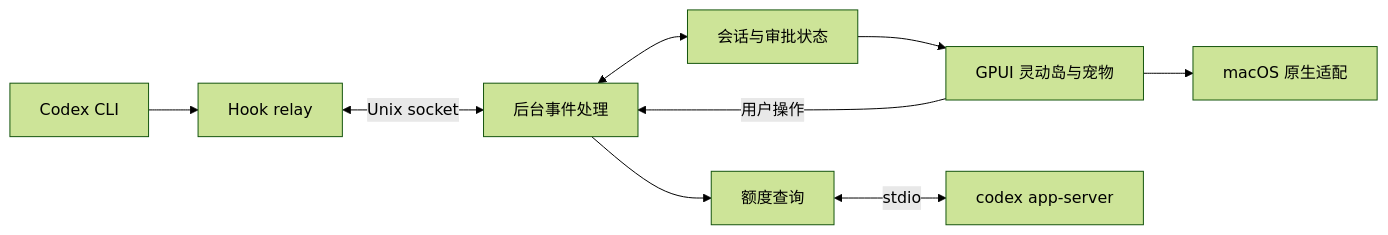
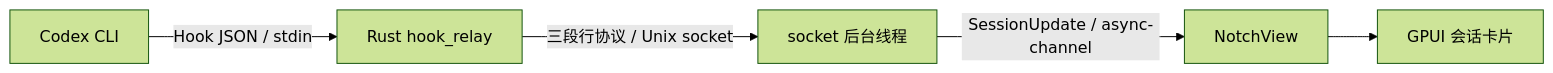
One commit to kreuzloli/codex-notch changed the diagram in README.md. Above: the diagram before and after it, drawn with Mermaid (forest theme). The commit also changed other lines of this file and 4 other files, not shown here.

````diff
--- a/README.md
+++ b/README.md
@@ -48,11 +48,7 @@
 ```mermaid
 flowchart LR
-    CLI[Codex CLI] --> Hooks[Hook relay]
-    Hooks <-->|Unix socket| Runtime[后台事件处理]
-    Runtime <--> State[会话与审批状态]
-    State --> UI[GPUI 灵动岛与宠物]
-    UI -->|用户操作| Runtime
-    Runtime --> Usage[额度查询]
-    Usage <-->|stdio| Server[codex app-server]
-    UI --> Native[macOS 原生适配]
+    CLI[Codex CLI] -->|Hook JSON / stdin| Relay[Rust hook_relay]
+    Relay -->|三段行协议 / Unix socket| Listener[socket 后台线程]
+    Listener -->|SessionUpdate / async-channel| View[NotchView]
+    View --> UI[GPUI 会话卡片]
 ```
````
